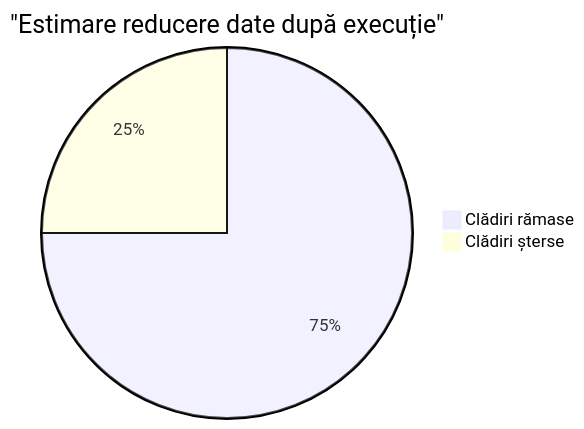
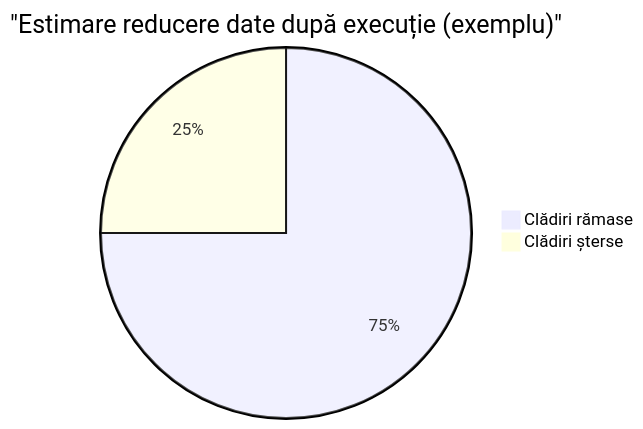
One commit to Draagosh/GIS-CLEARENCE-AUTO changed the seventh of 7 diagrams in index.md. Above: the diagram before and after it, drawn with Mermaid. The commit also changed other lines of this file, not shown here.

````diff
--- a/index.md
+++ b/index.md
@@ -326,5 +357,5 @@
 ```mermaid
-pie title "Estimare reducere date după execuție"
+pie title "Estimare reducere date după execuție (exemplu)"
     "Clădiri rămase" : 75
     "Clădiri șterse" : 25
 ```
````
